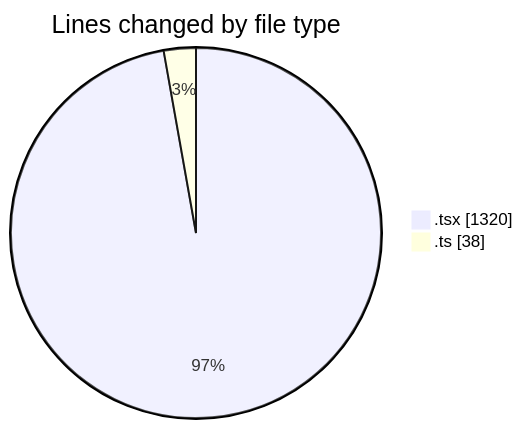
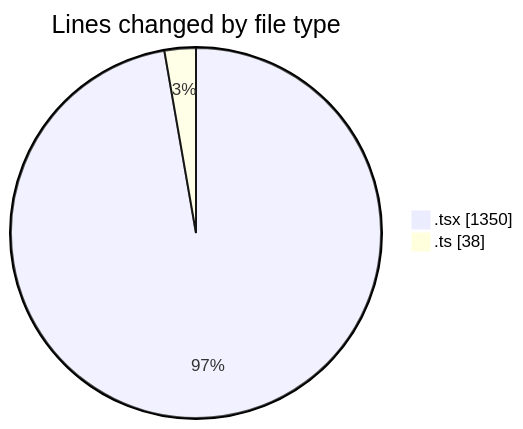
One commit to momahboobian/code-tracking changed the first of 2 diagrams in 2025-02-11/cda/README.md. Above: the diagram before and after it, drawn with Mermaid. The commit also changed other lines of this file and 1 other file, not shown here.

````diff
--- a/2025-02-11/cda/README.md
+++ b/2025-02-11/cda/README.md
@@ -23,6 +23,6 @@
 ```mermaid
 pie showData
 title Lines changed by file type
-".tsx" : 1320
+".tsx" : 1350
 ".ts" : 38
 ```
````
